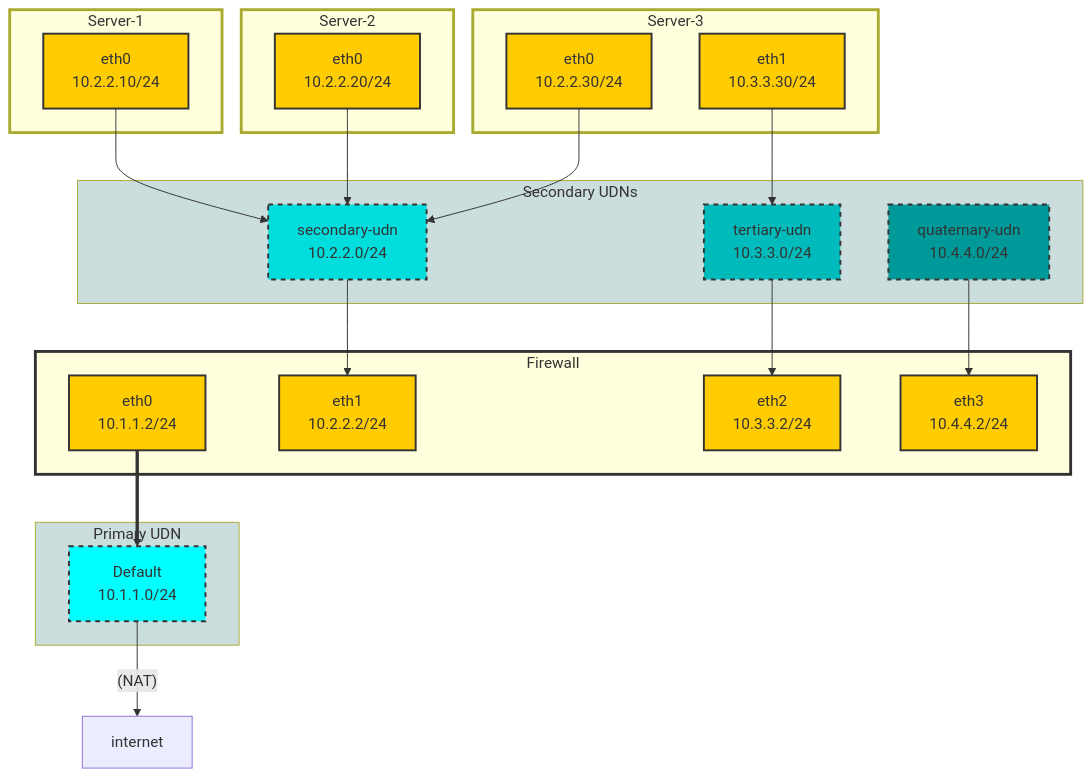
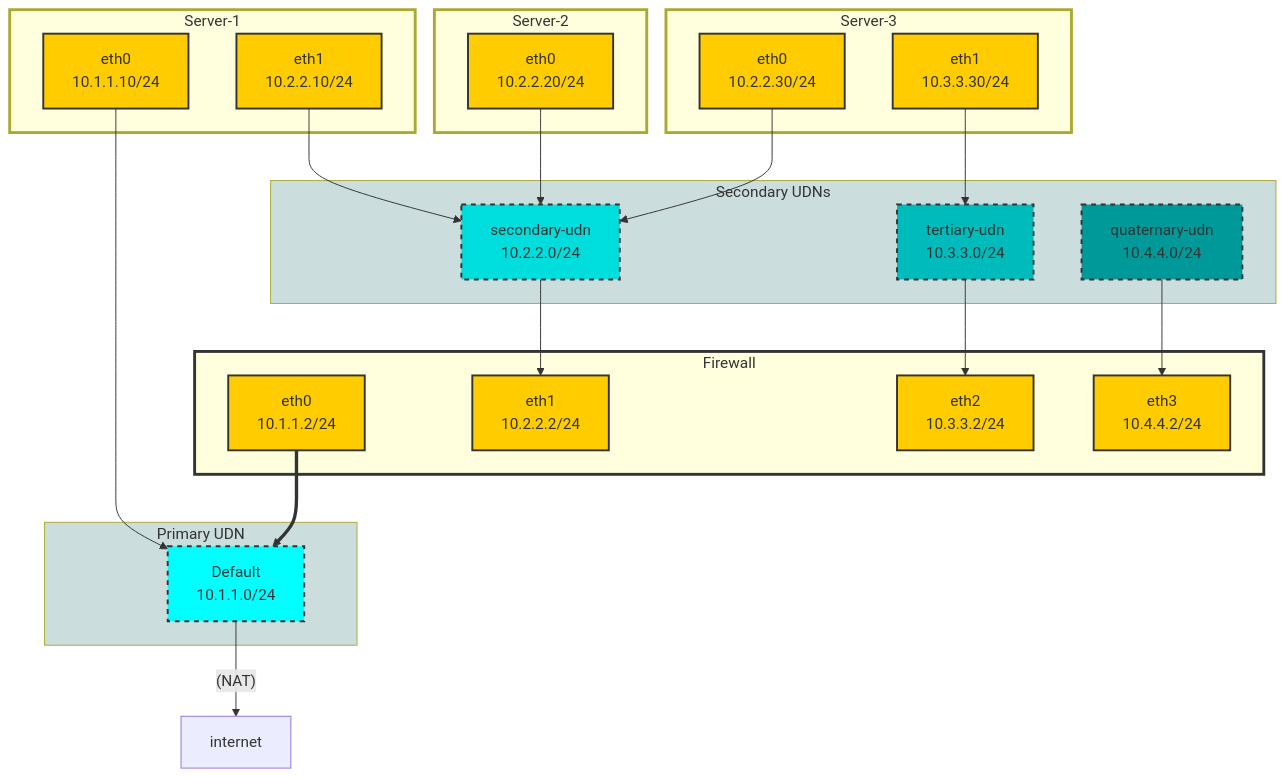
One commit to dlbewley/demo-cni changed the diagram in demos/sandbox/readme.md. Above: the diagram before and after it, drawn with Mermaid.

Commit message:
adjust server-1

````diff
--- a/demos/sandbox/readme.md
+++ b/demos/sandbox/readme.md
@@ -1,56 +1,58 @@
 ```mermaid
 graph TD;
     classDef interface fill:#ffcc00,stroke:#333,stroke-width:2px;
     classDef network fill:#ddd,stroke:#333,stroke-width:2px;
     classDef neighbor fill:#ffeb99,stroke:#333,stroke-width:2px;
     classDef net-1st fill:#00ffff,stroke:#333,stroke-width:2px,stroke-dasharray: 5 5;
     classDef net-2nd fill:#00dddd,stroke:#333,stroke-width:2px,stroke-dasharray: 5 5;
     classDef net-3rd fill:#00bbbb,stroke:#333,stroke-width:2px,stroke-dasharray: 5 5;
     classDef net-4th fill:#009999,stroke:#333,stroke-width:2px,stroke-dasharray: 5 5;
 
     style nets-1 fill:#cdd
     style nets-2 fill:#cdd
     style Firewall stroke:#333,stroke-width:3px
 
     subgraph nets-1["Primary UDN"]
         net-1st[Default<br> 10.1.1.0/24]:::net-1st;
     end
         net-1st --(NAT)--> internet
 
     subgraph nets-2["Secondary UDNs"]
         net-2nd[secondary-udn<br>10.2.2.0/24<br>]:::net-2nd;
         net-3rd[tertiary-udn<br>10.3.3.0/24<br>]:::net-3rd;
         net-4th[quaternary-udn<br>10.4.4.0/24<br>]:::net-4th;
     end
 
     subgraph Firewall
         eth0[eth0<br>10.1.1.2/24]:::interface;
         eth0 ==> net-1st
         eth1[eth1<br>10.2.2.2/24]:::interface;
         net-2nd --> eth1;
         eth2[eth2<br>10.3.3.2/24]:::interface;
         net-3rd --> eth2;
         eth3[eth3<br>10.4.4.2/24]:::interface;
         net-4th --> eth3;
     end
 
     subgraph Server-1
-        server-1-eth0[eth0<br>10.2.2.10/24]:::interface;
-        server-1-eth0 --> net-2nd
+        server-1-eth0[eth0<br>10.1.1.10/24]:::interface;
+        server-1-eth0 --> net-1st
+        server-1-eth1[eth1<br>10.2.2.10/24]:::interface;
+        server-1-eth1 --> net-2nd
     end
 
     subgraph Server-2
         server-2-eth0[eth0<br>10.2.2.20/24]:::interface;
         server-2-eth0 --> net-2nd
     end
 
     subgraph Server-3
         server-3-eth0[eth0<br>10.2.2.30/24]:::interface;
         server-3-eth0 --> net-2nd
         server-3-eth1[eth1<br>10.3.3.30/24]:::interface;
         server-3-eth1 --> net-3rd
     end
 
   classDef servers stroke-width:3px
   class Server-1,Server-2,Server-3 servers
 ```
````
